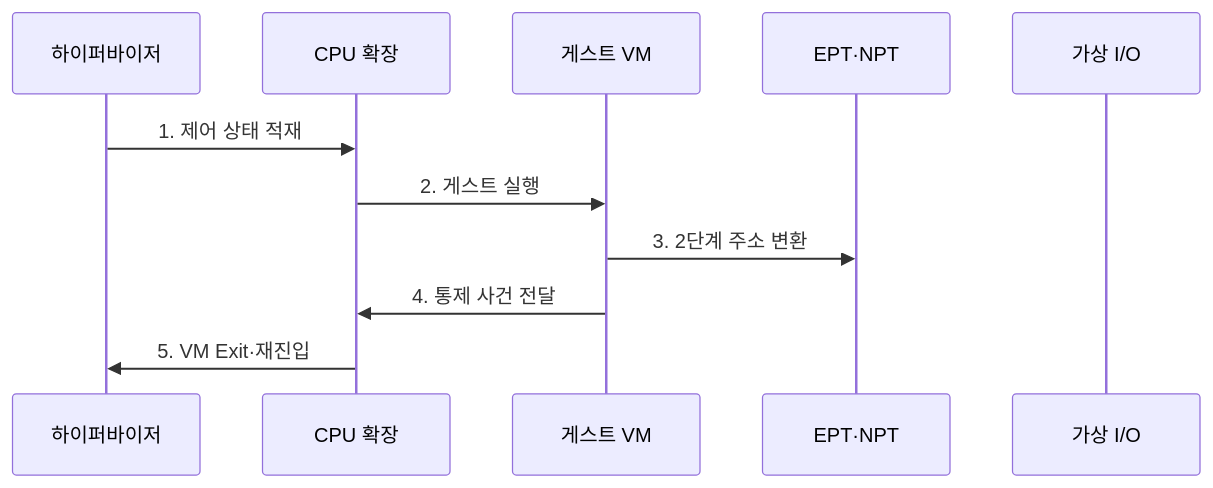
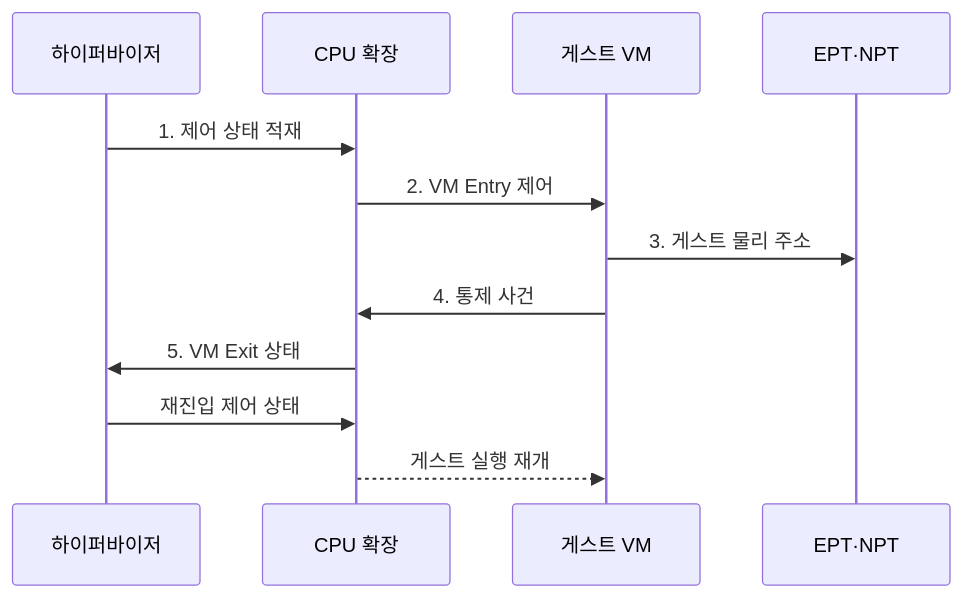
Before and after one commit to agnusdei1207/knowledge-base: the second of 2 diagrams in src/content/docs/notes/02-hardware/085_hardware_virtualization.md, drawn with Mermaid. The commit also changed other lines of this file and 14 other files, not shown here.

````diff
--- a/src/content/docs/notes/02-hardware/085_hardware_virtualization.md
+++ b/src/content/docs/notes/02-hardware/085_hardware_virtualization.md
@@ -101,13 +102,14 @@
 ```mermaid
 sequenceDiagram
     participant H as 하이퍼바이저
     participant C as CPU 확장
     participant G as 게스트 VM
     participant M as EPT·NPT
-    participant I as 가상 I/O
     H->>C: 1. 제어 상태 적재
-    C->>G: 2. 게스트 실행
-    G->>M: 3. 2단계 주소 변환
-    G->>C: 4. 통제 사건 전달
-    C->>H: 5. VM Exit·재진입
+    C->>G: 2. VM Entry 제어
+    G->>M: 3. 게스트 물리 주소
+    G->>C: 4. 통제 사건
+    C->>H: 5. VM Exit 상태
+    H->>C: 재진입 제어 상태
+    C-->>G: 게스트 실행 재개
 ```
````
